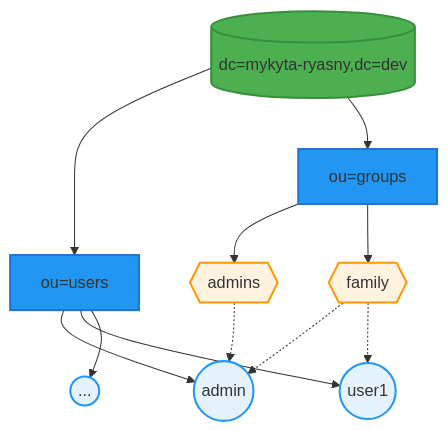
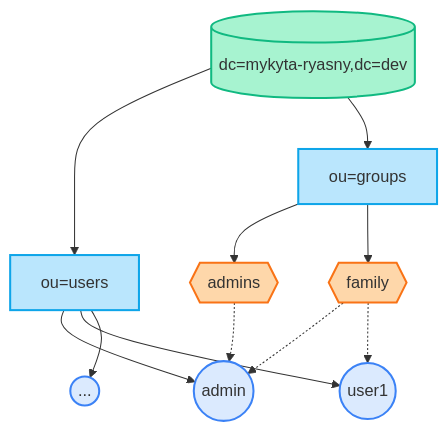
One commit to Mykyta-Home-Server/homeserver changed the second of 4 diagrams in docs-site/src/content/docs/guides/ldap.mdx. Above: the diagram before and after it, drawn with Mermaid. The commit also changed other lines of this file and 2 other files, not shown here.

First line of the commit message:
Fix Mermaid diagrams: broken shapes and consistent color palette

````diff
--- a/docs-site/src/content/docs/guides/ldap.mdx
+++ b/docs-site/src/content/docs/guides/ldap.mdx
@@ -67,31 +65,31 @@
 ```mermaid
 flowchart TB
     Root@{ shape: cyl, label: "dc=mykyta-ryasny,dc=dev" }
 
     Users@{ shape: rect, label: "ou=users" }
     Groups@{ shape: rect, label: "ou=groups" }
 
     Admin@{ shape: circle, label: "admin" }
     User1@{ shape: circle, label: "user1" }
     UserN@{ shape: circle, label: "..." }
 
     Admins@{ shape: hex, label: "admins" }
     Family@{ shape: hex, label: "family" }
 
     Root --> Users & Groups
     Users --> Admin & User1 & UserN
     Groups --> Admins & Family
 
     Admins -.-> Admin
     Family -.-> Admin & User1
 
-    classDef root fill:#4caf50,stroke:#388e3c,stroke-width:2px
-    classDef ou fill:#2196f3,stroke:#1976d2,stroke-width:2px
-    classDef user fill:#e3f2fd,stroke:#2196f3,stroke-width:2px
-    classDef group fill:#fff3e0,stroke:#ff9800,stroke-width:2px
+    classDef root fill:#a7f3d0,stroke:#10b981,stroke-width:2px
+    classDef ou fill:#bae6fd,stroke:#0ea5e9,stroke-width:2px
+    classDef user fill:#dbeafe,stroke:#3b82f6,stroke-width:2px
+    classDef group fill:#fed7aa,stroke:#f97316,stroke-width:2px
 
     class Root root
     class Users,Groups ou
     class Admin,User1,UserN user
     class Admins,Family group
 ```
````
